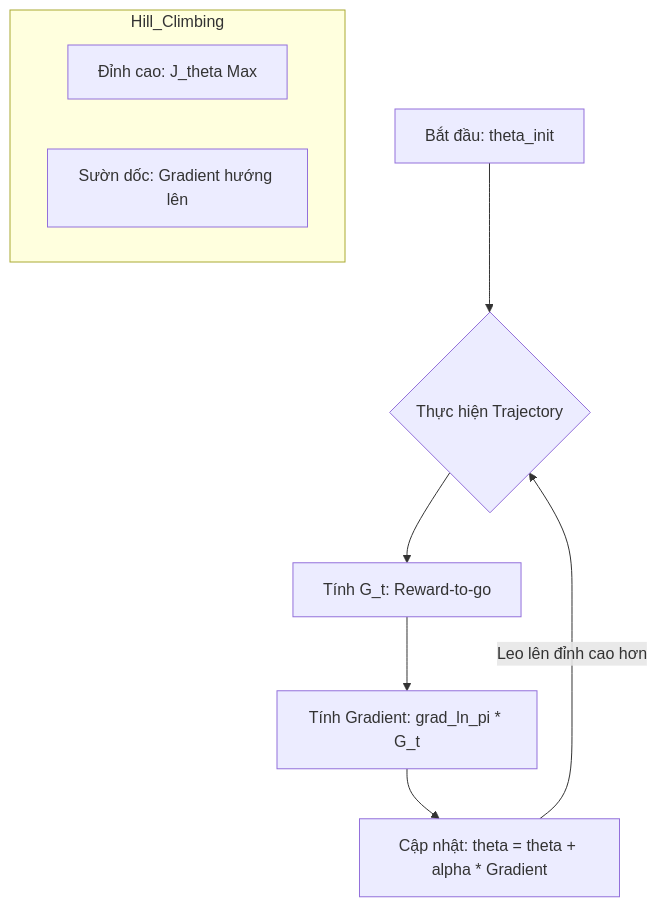
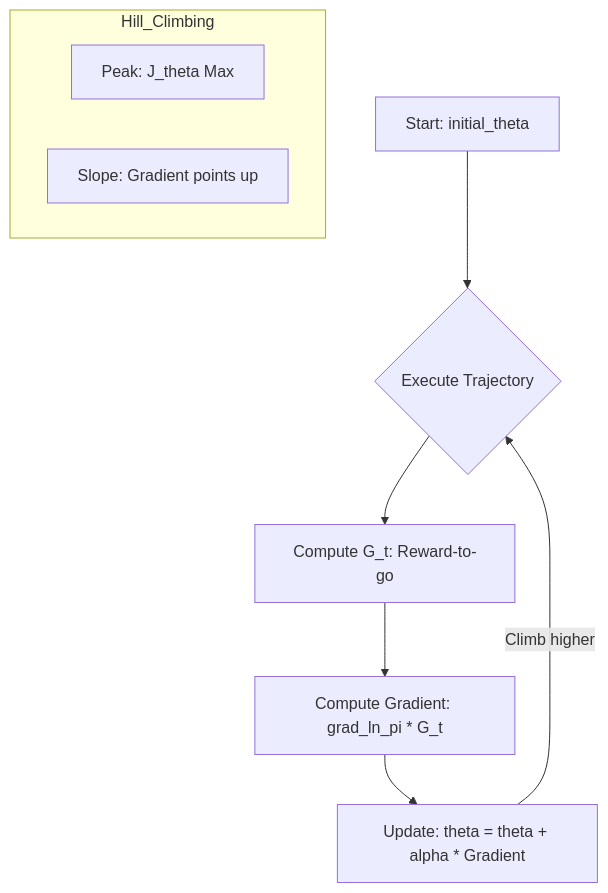
One commit to uit-25730067-chithanh/CS115-Team05-PG changed the diagram in docs/knowledge-base/02-policy-gradient-math/02-the-gradient-trick.md. Above: the diagram before and after it, drawn with Mermaid. The commit also changed 3 other files, not shown here.

First line of the commit message:
docs(math): fix notation and diagram labels in math proofs

````diff
--- a/docs/knowledge-base/02-policy-gradient-math/02-the-gradient-trick.md
+++ b/docs/knowledge-base/02-policy-gradient-math/02-the-gradient-trick.md
@@ -70,13 +70,13 @@
 ```mermaid
 graph TD
-    A[Bắt đầu: theta_init] --> B{Thực hiện Trajectory}
-    B --> C[Tính G_t: Reward-to-go]
-    C --> D[Tính Gradient: grad_ln_pi * G_t]
-    D --> E[Cập nhật: theta = theta + alpha * Gradient]
-    E -->|Leo lên đỉnh cao hơn| B
+    A[Start: initial_theta] --> B{Execute Trajectory}
+    B --> C[Compute G_t: Reward-to-go]
+    C --> D[Compute Gradient: grad_ln_pi * G_t]
+    D --> E[Update: theta = theta + alpha * Gradient]
+    E -->|Climb higher| B
 
     subgraph Hill_Climbing
-    H[Đỉnh cao: J_theta Max]
-    S[Sườn dốc: Gradient hướng lên]
+    H[Peak: J_theta Max]
+    S[Slope: Gradient points up]
     end
 ```
````
